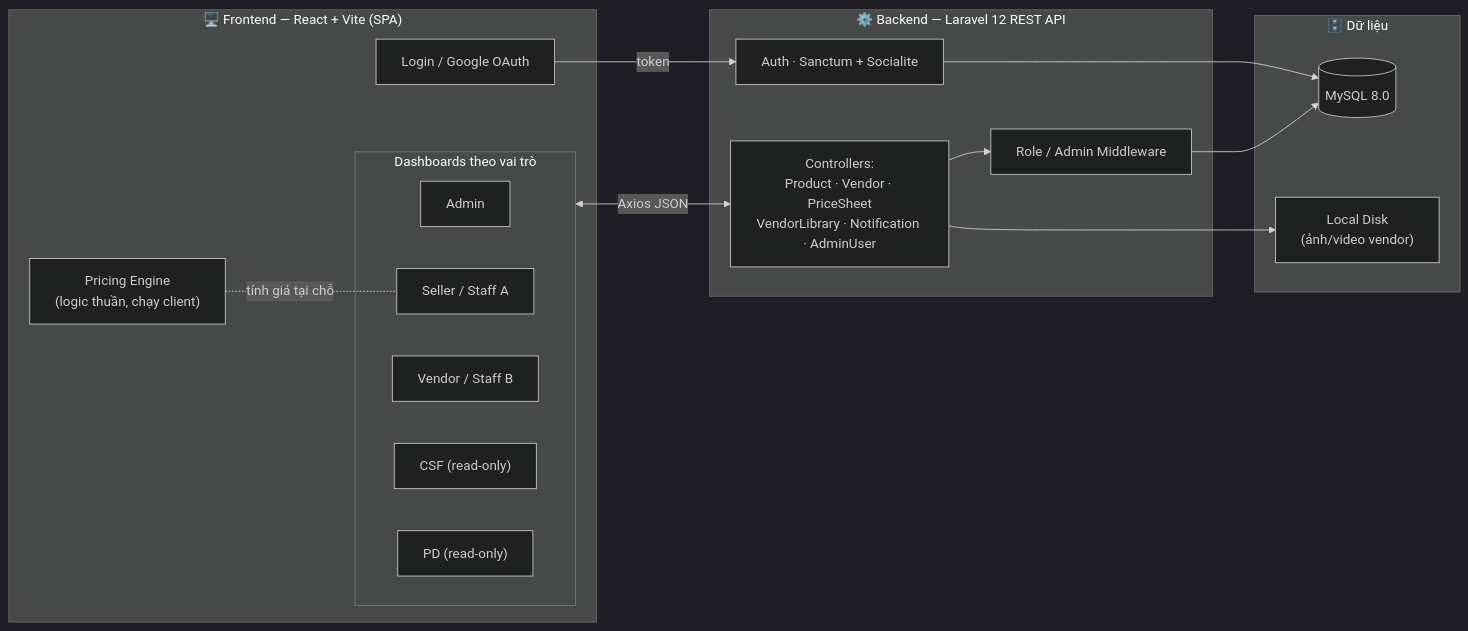
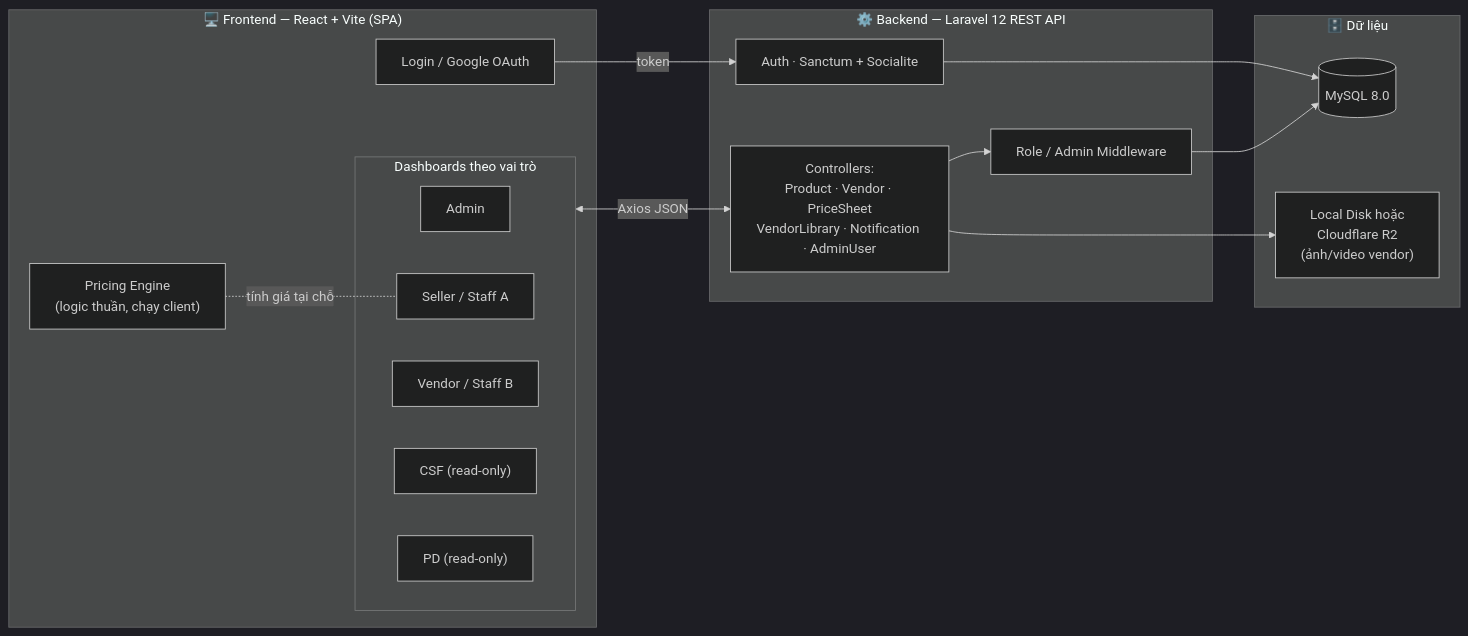
One commit to thanhdatpb/Vendor_Management_Golang changed the first of 3 diagrams in README.md. Above: the diagram before and after it, drawn with Mermaid (dark theme). The commit also changed other lines of this file, not shown here.

````diff
--- a/README.md
+++ b/README.md
@@ -32,32 +32,32 @@
 ```mermaid
 flowchart LR
     subgraph Client["🖥️ Frontend — React + Vite (SPA)"]
         Login["Login / Google OAuth"]
         subgraph Dash["Dashboards theo vai trò"]
             AdminUI["Admin"]
             SellerUI["Seller / Staff A"]
             VendorUI["Vendor / Staff B"]
             CsfUI["CSF (read-only)"]
             PdUI["PD (read-only)"]
         end
         Engine["Pricing Engine<br/>(logic thuần, chạy client)"]
     end
 
     subgraph Server["⚙️ Backend — Laravel 12 REST API"]
         Auth["Auth · Sanctum + Socialite"]
         API["Controllers:<br/>Product · Vendor · PriceSheet<br/>VendorLibrary · Notification · AdminUser"]
         Role["Role / Admin Middleware"]
     end
 
     subgraph Data["🗄️ Dữ liệu"]
         DB[("MySQL 8.0")]
-        Disk["Local Disk<br/>(ảnh/video vendor)"]
+        Disk["Local Disk hoặc<br/>Cloudflare R2<br/>(ảnh/video vendor)"]
     end
 
     Login -->|token| Auth
     Dash <-->|Axios JSON| API
     Engine -. tính giá tại chỗ .- SellerUI
     API --> Role --> DB
     API --> Disk
     Auth --> DB
 ```
````
